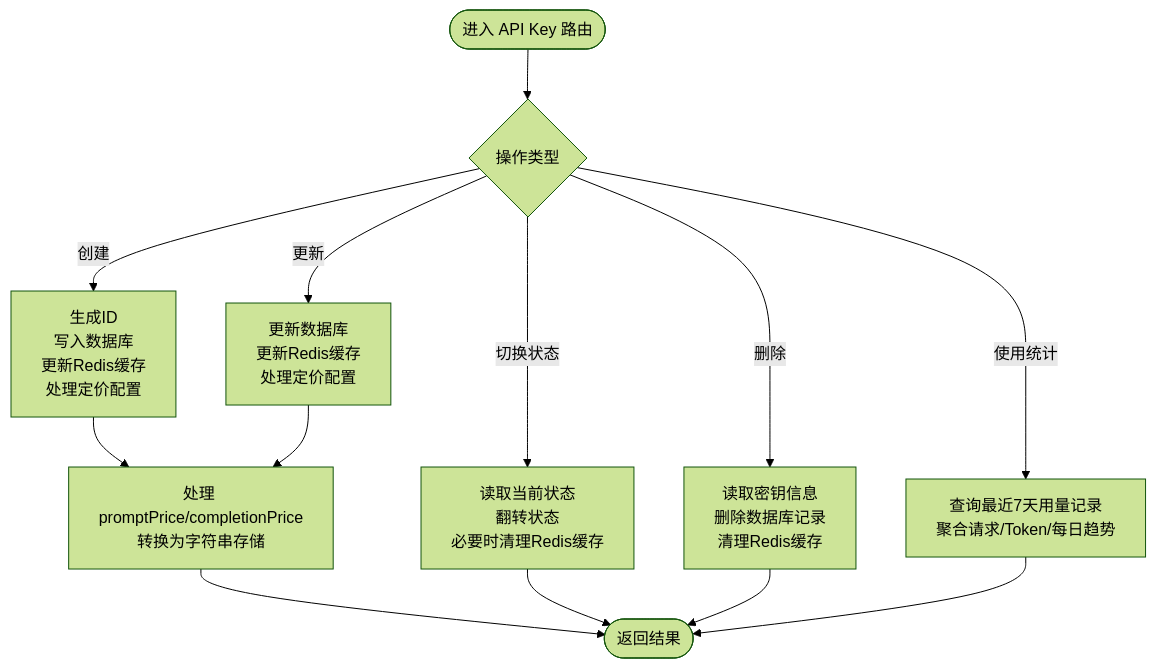
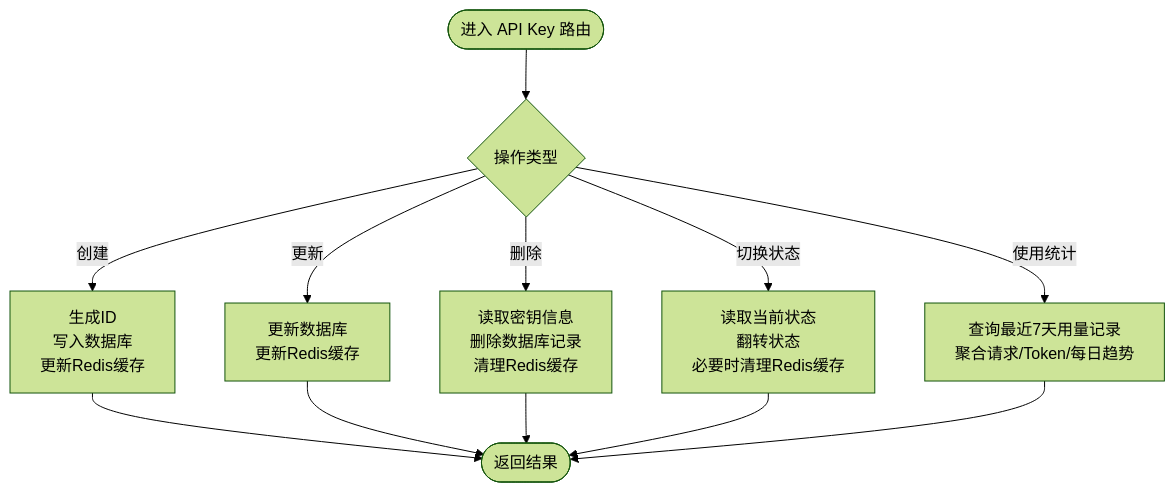
The third of 10 diagrams in .qoder/repowiki/zh/content/核心功能/API Key 管理.md (RadiumAg/AIGate), drawn with Mermaid (forest theme) before and after one commit. The commit also changed other lines of this file and 15 other files, not shown here.

````diff
--- a/.qoder/repowiki/zh/content/核心功能/API Key 管理.md
+++ b/.qoder/repowiki/zh/content/核心功能/API Key 管理.md
@@ -224,15 +194,14 @@
 ```mermaid
 flowchart TD
 Start(["进入 API Key 路由"]) --> Op{"操作类型"}
-Op --> |创建| Create["生成ID<br/>写入数据库<br/>更新Redis缓存<br/>处理定价配置"]
-Op --> |更新| Update["更新数据库<br/>更新Redis缓存<br/>处理定价配置"]
+Op --> |创建| Create["生成ID<br/>写入数据库<br/>更新Redis缓存"]
+Op --> |更新| Update["更新数据库<br/>更新Redis缓存"]
 Op --> |删除| Delete["读取密钥信息<br/>删除数据库记录<br/>清理Redis缓存"]
 Op --> |切换状态| Toggle["读取当前状态<br/>翻转状态<br/>必要时清理Redis缓存"]
 Op --> |使用统计| Stats["查询最近7天用量记录<br/>聚合请求/Token/每日趋势"]
-Create --> Pricing["处理 promptPrice/completionPrice<br/>转换为字符串存储"]
-Update --> Pricing
-Pricing --> End(["返回结果"])
+Create --> End(["返回结果"])
+Update --> End
+Delete --> End
 Toggle --> End
-Delete --> End
 Stats --> End
 ```
````
